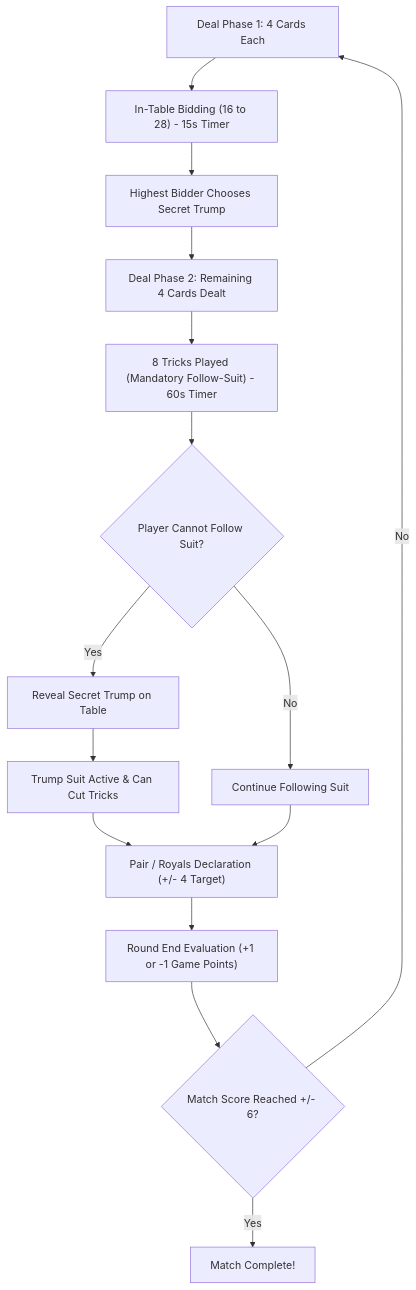
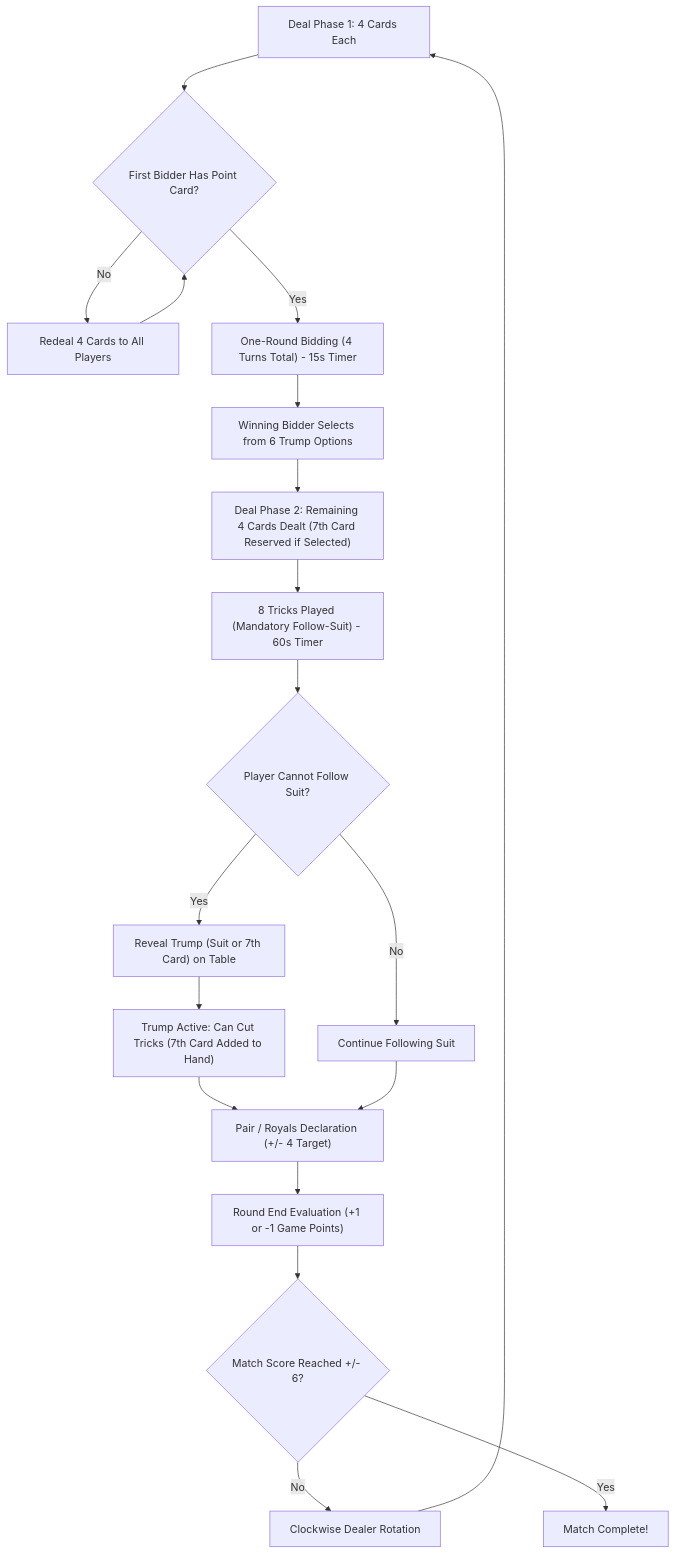
The diagram in README.md (K-692/The-29-Game), drawn with Mermaid before and after one commit. The commit also changed other lines of this file and 19 other files, not shown here.

Commit message:
Fix bidding flow and implement one-round auction with six trump options

````diff
--- a/README.md
+++ b/README.md
@@ -103,17 +120,21 @@
 ```mermaid
 flowchart TD
-    A["Deal Phase 1: 4 Cards Each"] --> B["In-Table Bidding (16 to 28) - 15s Timer"]
-    B --> C["Highest Bidder Chooses Secret Trump"]
-    C --> D["Deal Phase 2: Remaining 4 Cards Dealt"]
-    D --> E["8 Tricks Played (Mandatory Follow-Suit) - 60s Timer"]
-    E --> F{"Player Cannot Follow Suit?"}
-    F -- "Yes" --> G["Reveal Secret Trump on Table"]
-    G --> H["Trump Suit Active & Can Cut Tricks"]
-    F -- "No" --> I["Continue Following Suit"]
-    H --> J["Pair / Royals Declaration (+/- 4 Target)"]
-    I --> J
-    J --> K["Round End Evaluation (+1 or -1 Game Points)"]
-    K --> L{"Match Score Reached +/- 6?"}
-    L -- "No" --> A
-    L -- "Yes" --> M["Match Complete!"]
+    A["Deal Phase 1: 4 Cards Each"] --> B{"First Bidder Has Point Card?"}
+    B -- "No" --> C["Redeal 4 Cards to All Players"]
+    C --> B
+    B -- "Yes" --> D["One-Round Bidding (4 Turns Total) - 15s Timer"]
+    D --> E["Winning Bidder Selects from 6 Trump Options"]
+    E --> F["Deal Phase 2: Remaining 4 Cards Dealt (7th Card Reserved if Selected)"]
+    F --> G["8 Tricks Played (Mandatory Follow-Suit) - 60s Timer"]
+    G --> H{"Player Cannot Follow Suit?"}
+    H -- "Yes" --> I["Reveal Trump (Suit or 7th Card) on Table"]
+    I --> J["Trump Active: Can Cut Tricks (7th Card Added to Hand)"]
+    H -- "No" --> K["Continue Following Suit"]
+    J --> L["Pair / Royals Declaration (+/- 4 Target)"]
+    K --> L
+    L --> M["Round End Evaluation (+1 or -1 Game Points)"]
+    M --> N{"Match Score Reached +/- 6?"}
+    N -- "No" --> O["Clockwise Dealer Rotation"]
+    O --> A
+    N -- "Yes" --> P["Match Complete!"]
 ```
````
